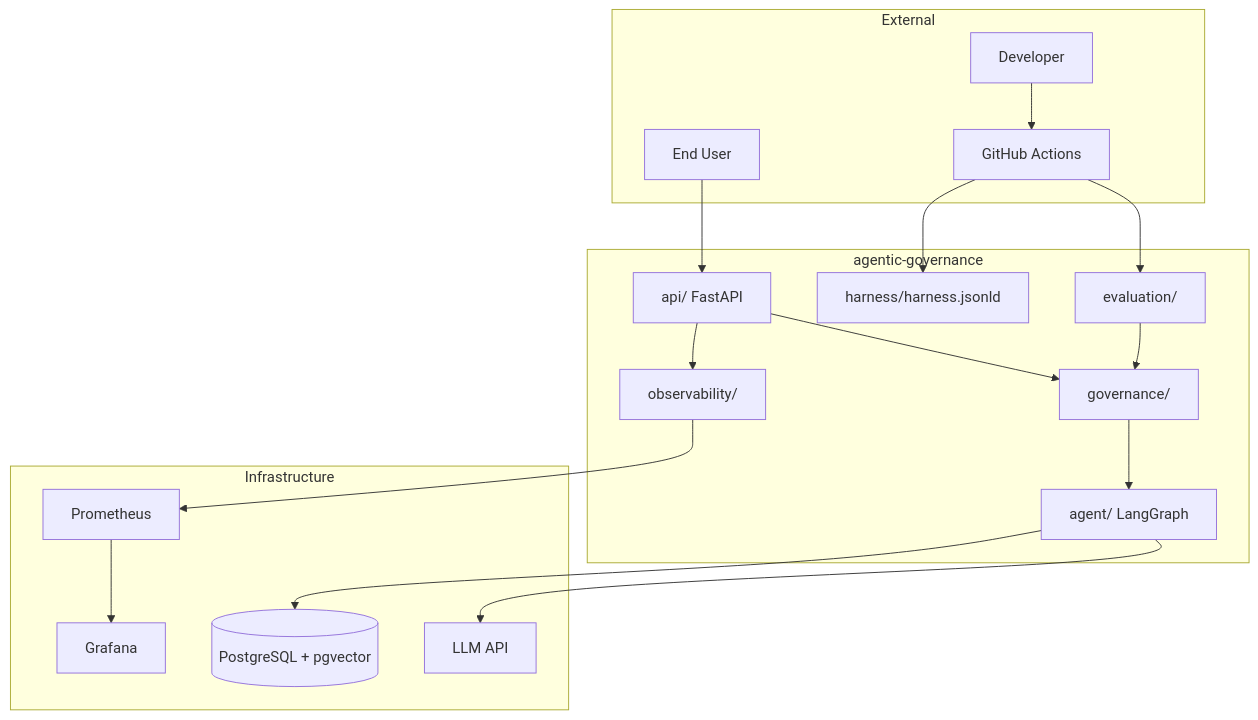
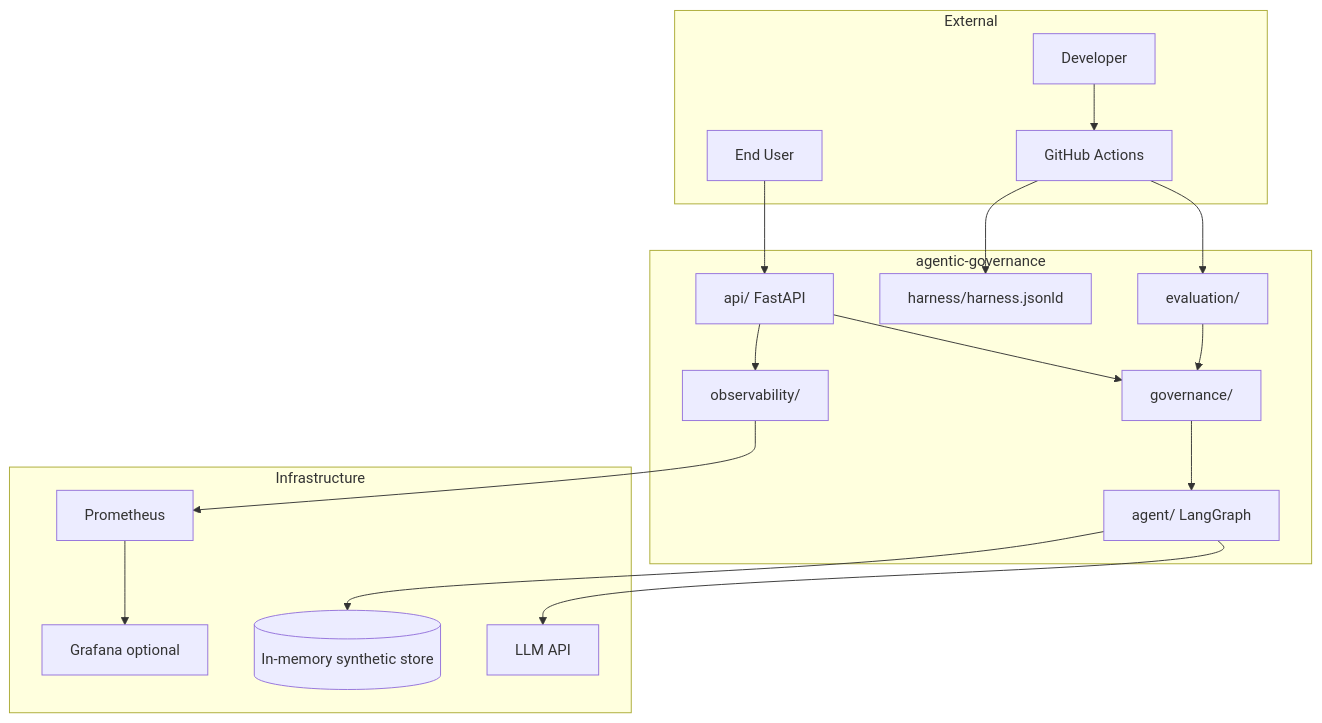
One commit to leroyjware/agentic-governance changed the diagram in docs/ARCHITECTURE.md. Above: the diagram before and after it, drawn with Mermaid. The commit also changed other lines of this file and 4 other files, not shown here.

First line of the commit message:
Align whitepaper and architecture docs with v0.7 evidence story.

````diff
--- a/docs/ARCHITECTURE.md
+++ b/docs/ARCHITECTURE.md
@@ -9,37 +9,37 @@
 ```mermaid
 flowchart TB
   subgraph external [External]
     DEV[Developer]
     USER[End User]
     GH[GitHub Actions]
   end
 
   subgraph repo [agentic-governance]
     HARNESS[harness/harness.jsonld]
     EVAL[evaluation/]
     GOV[governance/]
     AGENT[agent/ LangGraph]
     API[api/ FastAPI]
     OBS[observability/]
   end
 
   subgraph infra [Infrastructure]
-    PG[(PostgreSQL + pgvector)]
+    STORE[(In-memory synthetic store)]
     PROM[Prometheus]
-    GRAF[Grafana]
+    GRAF[Grafana optional]
     LLM[LLM API]
   end
 
   DEV --> GH
   GH --> EVAL
   GH --> HARNESS
   EVAL --> GOV
   USER --> API
   API --> GOV
   GOV --> AGENT
   AGENT --> LLM
-  AGENT --> PG
+  AGENT --> STORE
   API --> OBS
   OBS --> PROM
   PROM --> GRAF
 ```
````
